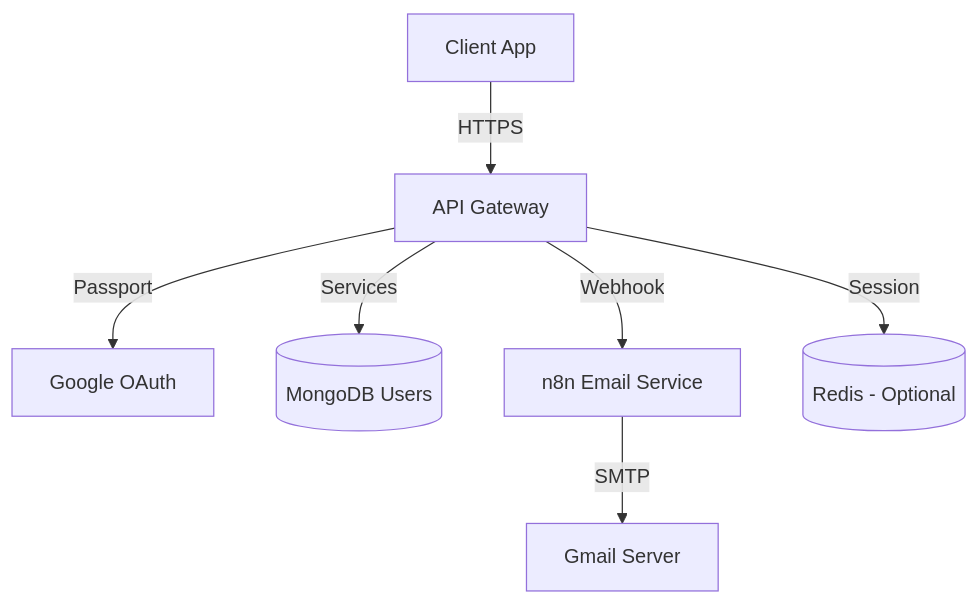
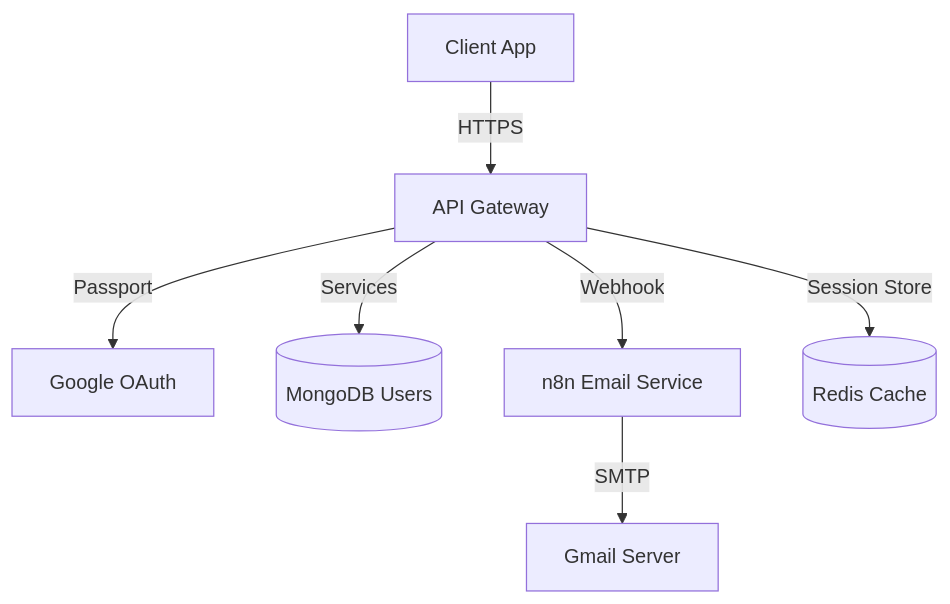
Before and after one commit to nguyen-le-huy/unilish: the diagram in .agent/workflows/Client/Auth/auth.docs.md, drawn with Mermaid. The commit also changed other lines of this file and 131 other files, not shown here.

````diff
--- a/.agent/workflows/Client/Auth/auth.docs.md
+++ b/.agent/workflows/Client/Auth/auth.docs.md
@@ -23,9 +23,9 @@
 ```mermaid
 graph TD
     Client[Client App] -->|HTTPS| API[API Gateway]
     API -->|Passport| Google[Google OAuth]
     API -->|Services| Mongo[(MongoDB Users)]
     API -->|Webhook| n8n[n8n Email Service]
     n8n -->|SMTP| Gmail[Gmail Server]
-    API -->|Session| Redis[(Redis - Optional)]
+    API -->|Session Store| Redis[(Redis Cache)]
 ```
````
